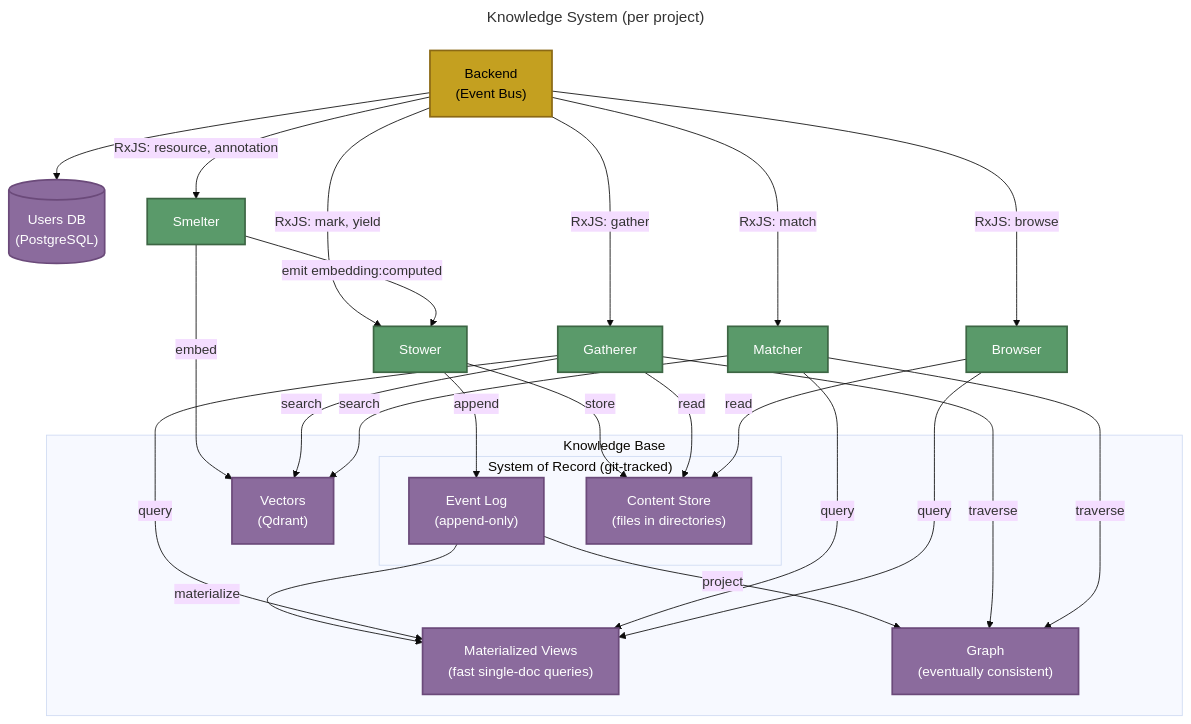
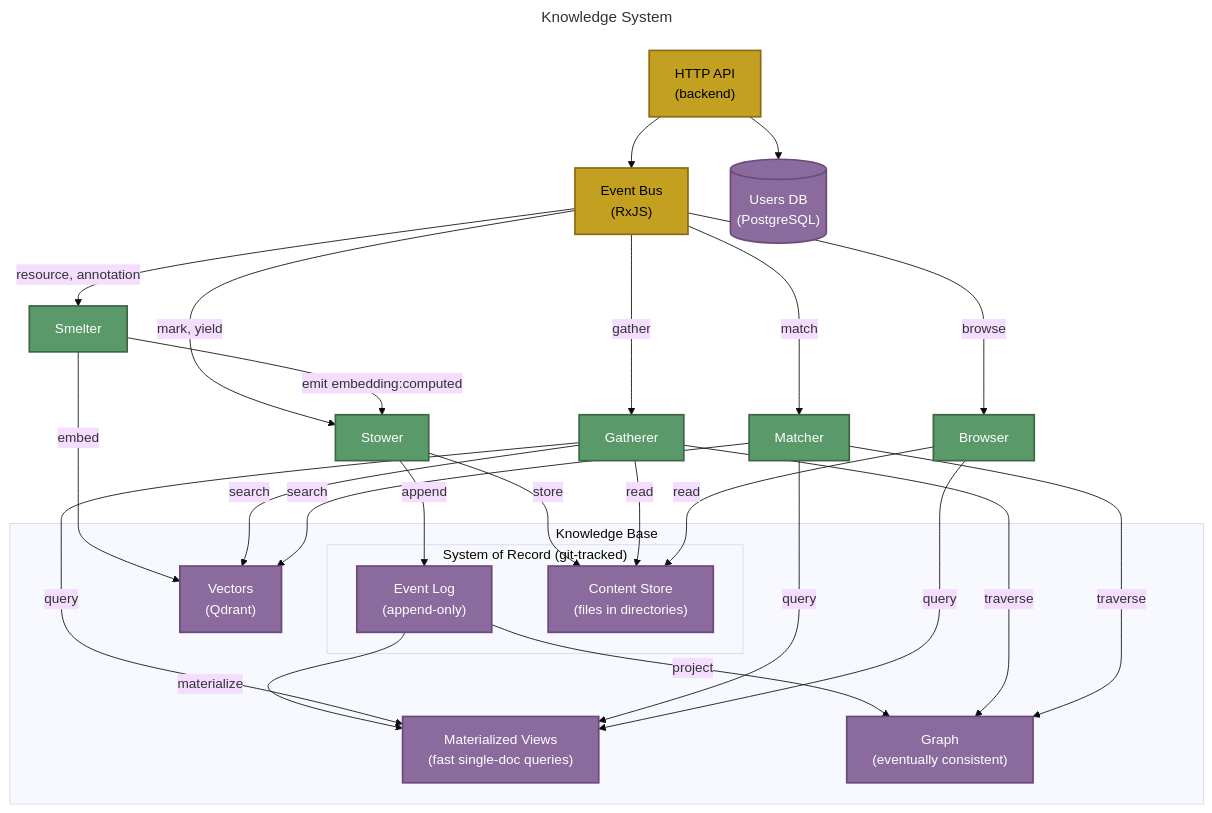
The third of 3 diagrams in docs/ARCHITECTURE.md (The-AI-Alliance/semiont), drawn with Mermaid (base theme) before and after one commit. The commit also changed other lines of this file, not shown here.

Commit message:
update Architecture page

````diff
--- a/docs/ARCHITECTURE.md
+++ b/docs/ARCHITECTURE.md
@@ -127,55 +117,57 @@
 ```mermaid
 ---
-title: Knowledge System (per project)
+title: Knowledge System
 ---
 graph TB
-    BE["Backend<br/>(Event Bus)"]
+    API["HTTP API<br/>(backend)"]
+    BE["Event Bus<br/>(RxJS)"]
     DB[("Users DB<br/>(PostgreSQL)")]
 
-    BE --> DB
+    API --> BE
+    API --> DB
 
-    BE -->|"RxJS: mark, yield"| STOWER["Stower"]
-    BE -->|"RxJS: gather"| GATHERER["Gatherer"]
-    BE -->|"RxJS: match"| MATCHER["Matcher"]
-    BE -->|"RxJS: browse"| BROWSER["Browser"]
-    BE -->|"RxJS: resource, annotation"| SMELTER["Smelter"]
+    BE -->|"mark, yield"| STOWER["Stower"]
+    BE -->|"gather"| GATHERER["Gatherer"]
+    BE -->|"match"| MATCHER["Matcher"]
+    BE -->|"browse"| BROWSER["Browser"]
+    BE -->|"resource, annotation"| SMELTER["Smelter"]
 
     STOWER -->|append| EVENTLOG
     STOWER -->|store| CONTENT
 
     SMELTER -->|embed| VECTORS
     SMELTER -->|"emit embedding:computed"| STOWER
 
     subgraph kb ["Knowledge Base"]
         subgraph sor ["System of Record (git-tracked)"]
             EVENTLOG["Event Log<br/>(append-only)"]
             CONTENT["Content Store<br/>(files in directories)"]
         end
         VIEWS["Materialized Views<br/>(fast single-doc queries)"]
         GRAPH["Graph<br/>(eventually consistent)"]
         VECTORS["Vectors<br/>(Qdrant)"]
 
         EVENTLOG -->|materialize| VIEWS
         EVENTLOG -->|project| GRAPH
     end
 
     GATHERER -->|query| VIEWS
     GATHERER -->|read| CONTENT
     GATHERER -->|traverse| GRAPH
     GATHERER -->|search| VECTORS
 
     MATCHER -->|query| VIEWS
     MATCHER -->|traverse| GRAPH
     MATCHER -->|search| VECTORS
 
     BROWSER -->|query| VIEWS
     BROWSER -->|read| CONTENT
 
     classDef backend fill:#c4a020,stroke:#8b6914,stroke-width:2px,color:#000
     classDef store fill:#8b6b9d,stroke:#6b4a7a,stroke-width:2px,color:#fff
     classDef worker fill:#5a9a6a,stroke:#3d6644,stroke-width:2px,color:#fff
 
-    class BE backend
+    class API,BE backend
     class DB,EVENTLOG,VIEWS,CONTENT,GRAPH,VECTORS store
     class STOWER,GATHERER,MATCHER,BROWSER,SMELTER worker
 ```
````
